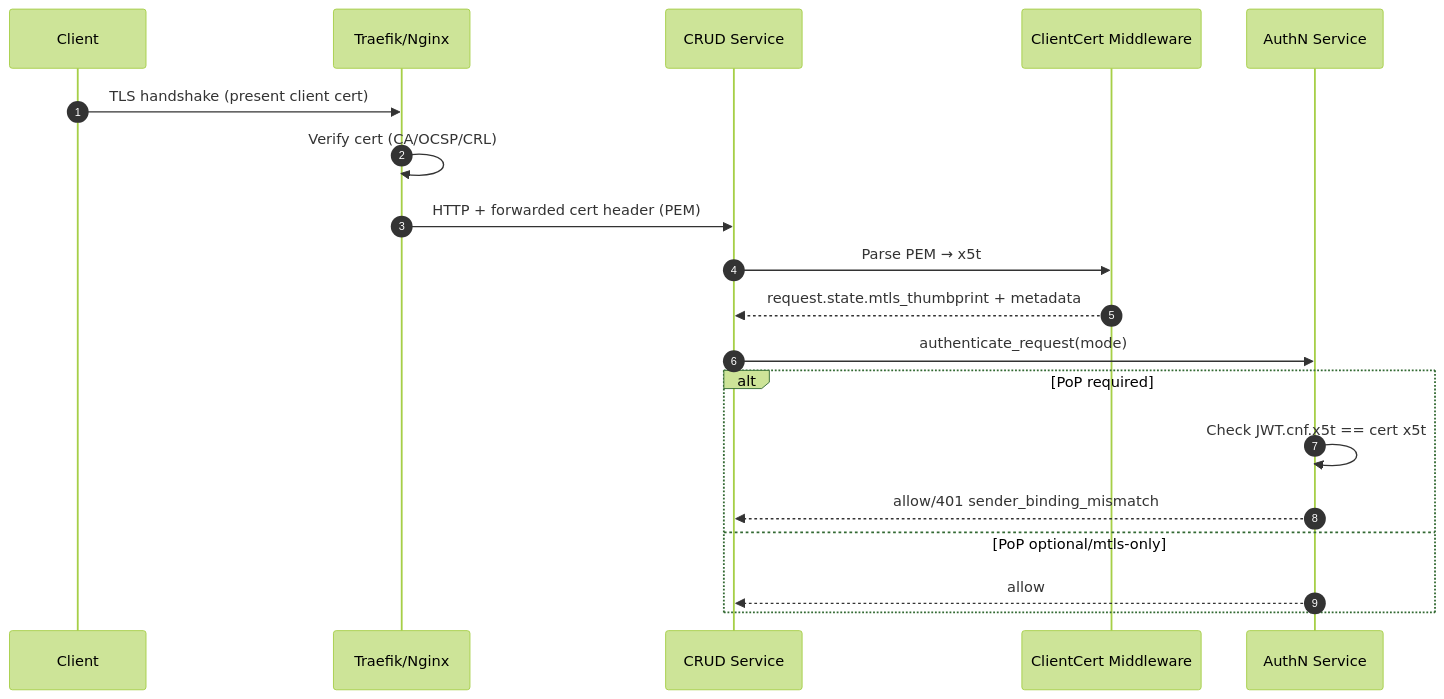
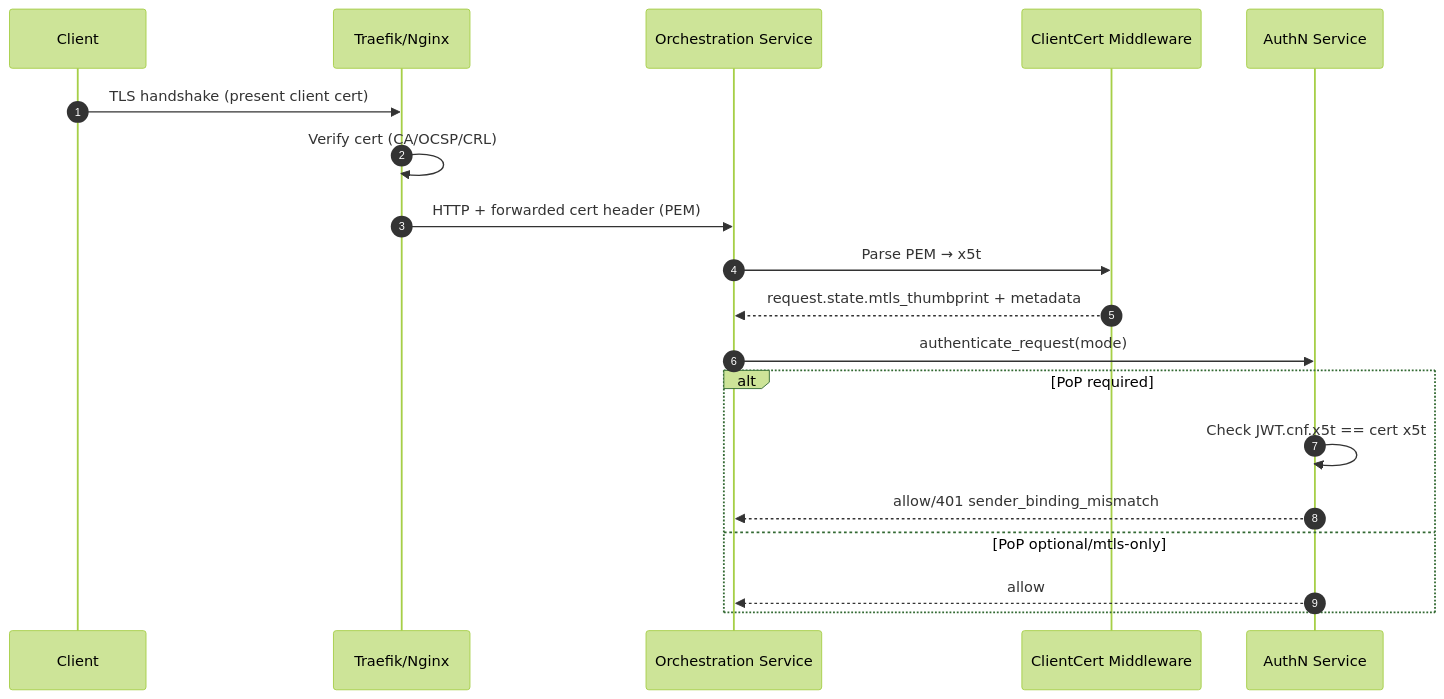
Before and after one commit to empowerID/empowernow_docs: the second of 4 diagrams in docs/services/crud-service/reference/mtls_design.md, drawn with Mermaid (forest theme). The commit also changed other lines of this file and 82 other files, not shown here.

````diff
--- a/docs/services/crud-service/reference/mtls_design.md
+++ b/docs/services/crud-service/reference/mtls_design.md
@@ -37,22 +37,22 @@
 ```mermaid
 sequenceDiagram
   autonumber
   participant Client
   participant Proxy as Traefik/Nginx
-  participant App as CRUD Service
+  participant App as Orchestration Service
   participant MW as ClientCert Middleware
   participant AuthN as AuthN Service
 
   Client->>Proxy: TLS handshake (present client cert)
   Proxy->>Proxy: Verify cert (CA/OCSP/CRL)
   Proxy->>App: HTTP + forwarded cert header (PEM)
   App->>MW: Parse PEM → x5t#S256, SANs, DNs
   MW-->>App: request.state.mtls_thumbprint + metadata
   App->>AuthN: authenticate_request(mode)
   alt PoP required
     AuthN->>AuthN: Check JWT.cnf.x5t == cert x5t
     AuthN-->>App: allow/401 sender_binding_mismatch
   else PoP optional/mtls-only
     AuthN-->>App: allow
   end
 ```
````
